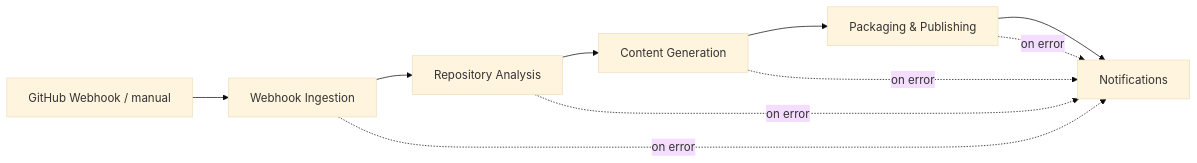
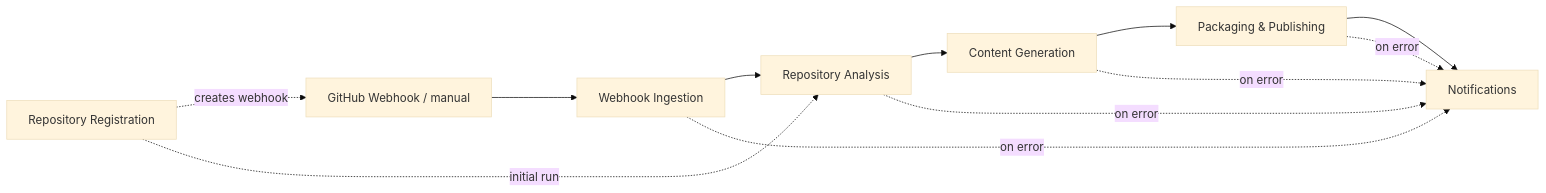
One commit to teddynted/ai-github-repository-blog-generator changed the first of 7 diagrams in docs/workflows.md. Above: the diagram before and after it, drawn with Mermaid (base theme). The commit also changed other lines of this file and 10 other files, not shown here.

````diff
--- a/docs/workflows.md
+++ b/docs/workflows.md
@@ -27,12 +28,14 @@
 ```mermaid
 flowchart LR
+    REG[Repository Registration] -.creates webhook.-> T
     T[GitHub Webhook / manual] --> I[Webhook Ingestion]
     I --> A[Repository Analysis]
     A --> G[Content Generation]
     G --> P[Packaging & Publishing]
     P --> N[Notifications]
+    REG -.initial run.-> A
     I -. on error .-> N
     A -. on error .-> N
     G -. on error .-> N
     P -. on error .-> N
 ```
````
